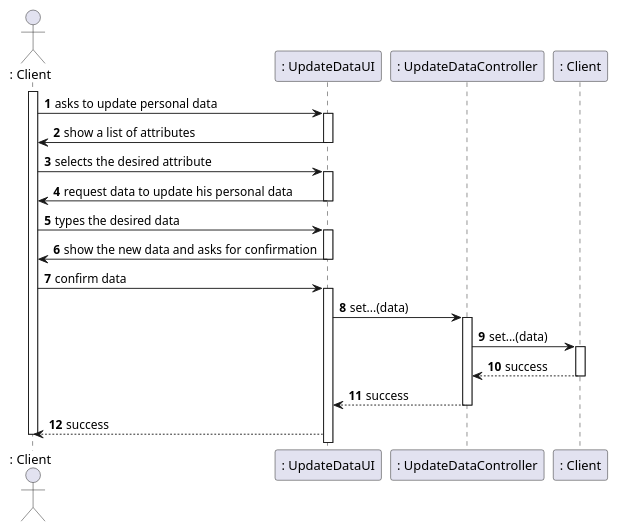
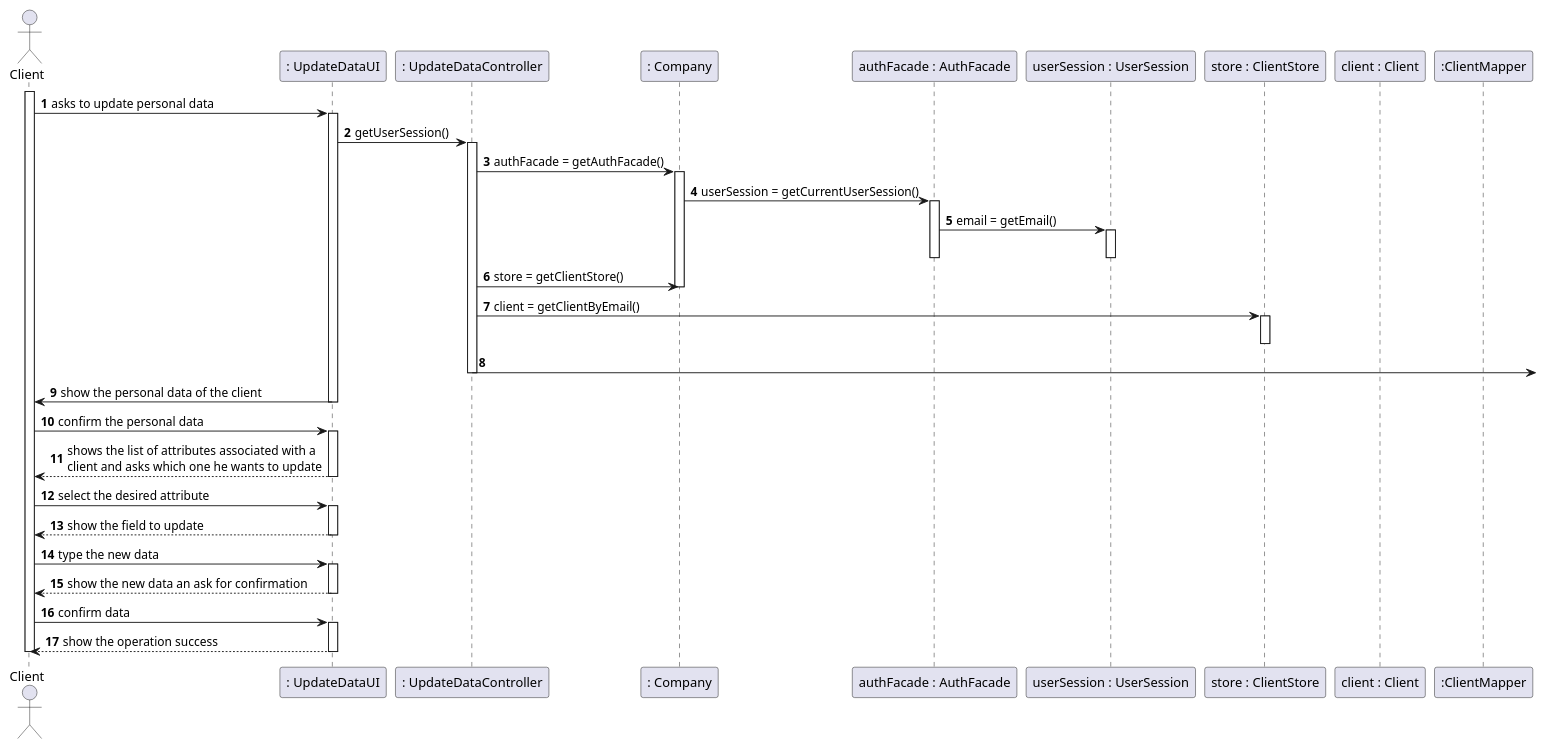
The diagram in docs/SprintD/US02/US02_SD.puml (manu-07-ela/LAPR2_ISEP), drawn with PlantUML before and after one commit. The commit also changed 9 other files, not shown here.

```diff
--- a/docs/SprintD/US02/US02_SD.puml
+++ b/docs/SprintD/US02/US02_SD.puml
@@ -1,41 +1,58 @@
 @startuml
 'https://plantuml.com/sequence-diagram
 
 autonumber
-actor ": Client" as CL
+actor "Client" as CL
 
 participant ": UpdateDataUI" as UI
 participant ": UpdateDataController" as CTRL
-participant ": Client" as CLD
-
-
+participant ": Company" as COMP
+participant "authFacade : AuthFacade" as AUTH
+participant "userSession : UserSession" as SESSION
+participant "store : ClientStore" as STORE
+participant "client : Client" as CLD
+participant ":ClientMapper" as MAPPER
 activate CL
 CL -> UI : asks to update personal data
 activate UI
-UI -> CL : show a list of attributes
+UI -> CTRL : getUserSession()
+activate CTRL
+CTRL -> COMP : authFacade = getAuthFacade()
+activate COMP
+COMP->AUTH : userSession = getCurrentUserSession()
+activate AUTH
+AUTH-> SESSION : email = getEmail()
+activate SESSION
+deactivate SESSION
+deactivate AUTH
+CTRL->COMP : store = getClientStore()
+deactivate COMP
+CTRL->STORE : client = getClientByEmail()
+activate STORE
+deactivate STORE
+CTRL->
+deactivate CTRL
+
+UI -> CL : show the personal data of the client
 deactivate UI
-CL -> UI : selects the desired attribute
+CL -> UI : confirm the personal data
 activate UI
-UI -> CL : request data to update his personal data
+UI --> CL : shows the list of attributes associated with a \nclient and asks which one he wants to update
 deactivate UI
-CL -> UI : types the desired data
+CL -> UI : select the desired attribute
 activate UI
-UI -> CL : show the new data and asks for confirmation
+UI --> CL : show the field to update
 deactivate UI
-CL -> UI : confirm data
+CL -> UI : type the new data
 activate UI
-UI -> CTRL : set...(data)
-activate CTRL
-CTRL -> CLD : set...(data)
-activate CLD
-CLD --> CTRL : success
-deactivate CLD
-CTRL --> UI : success
-deactivate CTRL
-UI --> CL : success
-
+UI -->CL : show the new data an ask for confirmation
+deactivate UI
+CL->UI: confirm data
+activate UI
+UI-->CL : show the operation success
+deactivate UI
 
 
 deactivate CL
 
 @enduml
```
